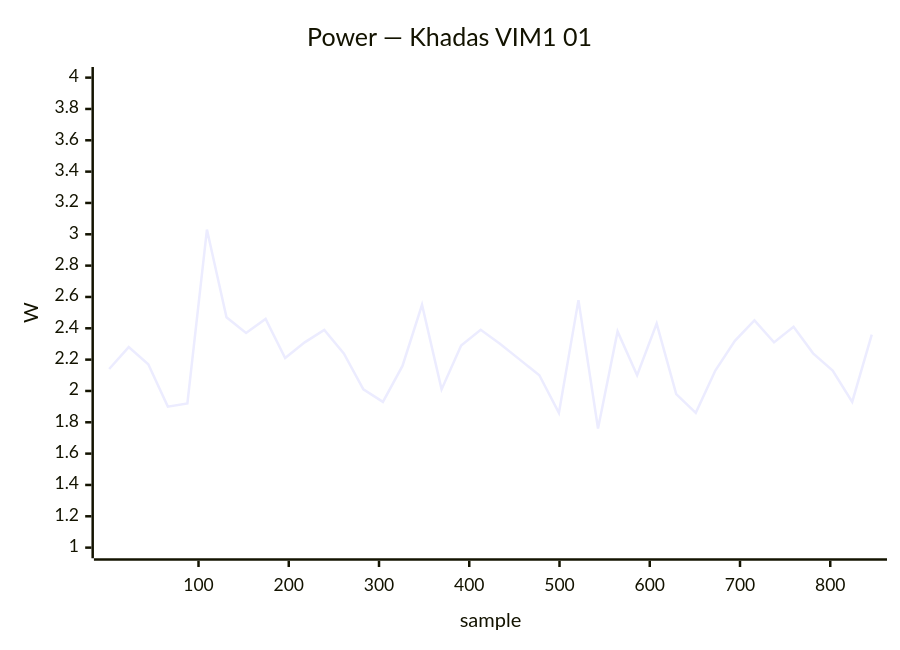
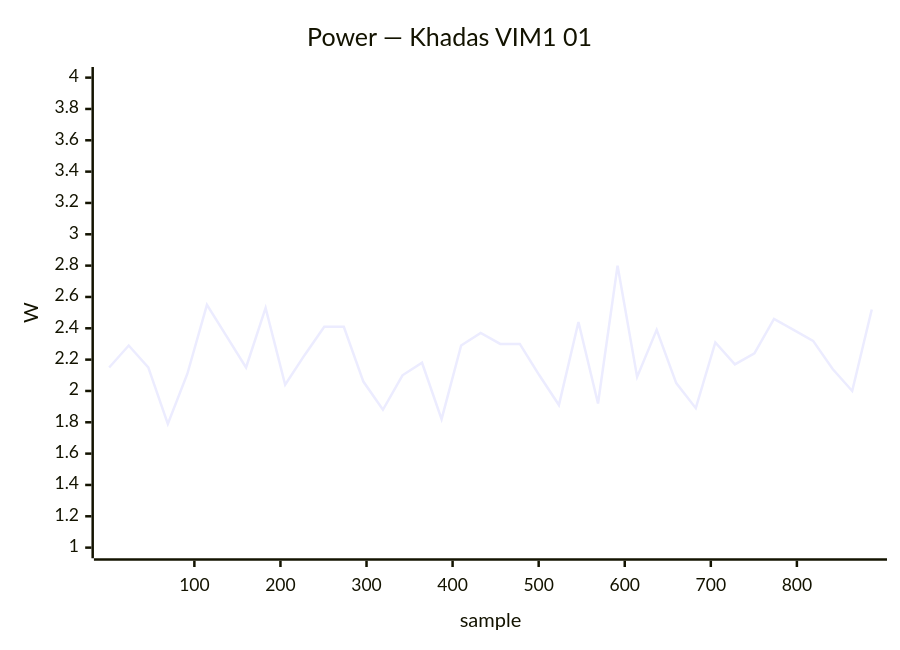
Before and after one commit to armbian/documentation: diagram 16 of 39 in docs/status/board-tests.md, drawn with Mermaid. The commit also changed other lines of this file, not shown here.

````diff
--- a/docs/status/board-tests.md
+++ b/docs/status/board-tests.md
@@ -774,7 +727,7 @@
 ```mermaid
 xychart-beta
     title "Power — Khadas VIM1 01"
-    x-axis "sample" 1 --> 846
+    x-axis "sample" 1 --> 887
     y-axis "W" 1.0 --> 4.0
-    line [2.14, 2.28, 2.17, 1.90, 1.92, 3.03, 2.47, 2.37, 2.46, 2.21, 2.31, 2.39, 2.24, 2.01, 1.93, 2.16, 2.55, 2.01, 2.29, 2.39, 2.30, 2.20, 2.10, 1.86, 2.58, 1.76, 2.38, 2.10, 2.43, 1.98, 1.86, 2.13, 2.32, 2.45, 2.31, 2.41, 2.24, 2.13, 1.93, 2.36]
+    line [2.15, 2.29, 2.15, 1.79, 2.11, 2.55, 2.35, 2.15, 2.53, 2.04, 2.23, 2.41, 2.41, 2.06, 1.88, 2.10, 2.18, 1.82, 2.29, 2.37, 2.30, 2.30, 2.10, 1.91, 2.44, 1.92, 2.80, 2.09, 2.39, 2.05, 1.89, 2.31, 2.17, 2.24, 2.46, 2.39, 2.32, 2.14, 2.00, 2.52]
 ```
````
